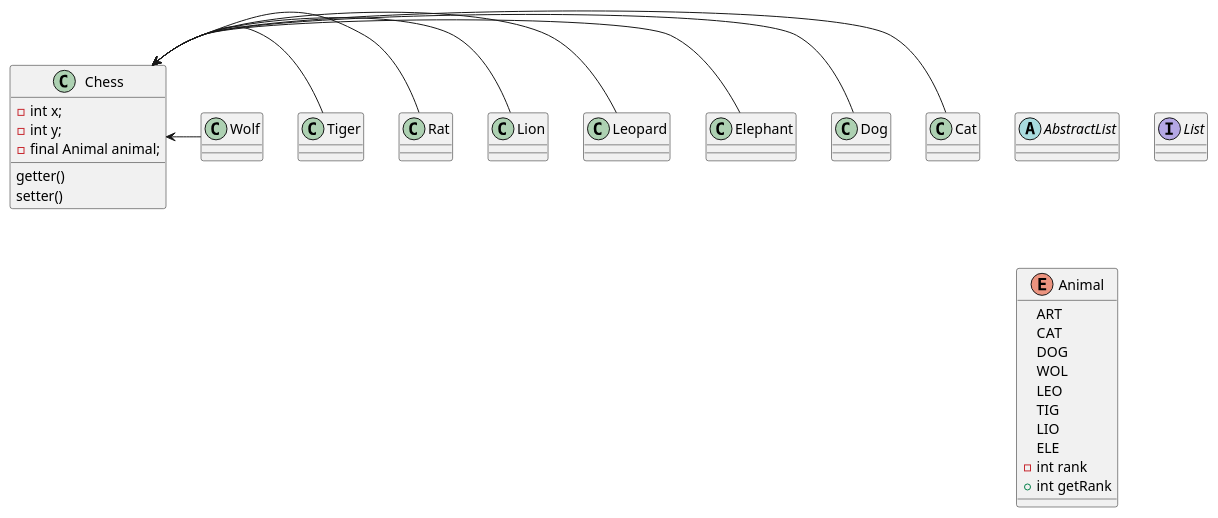
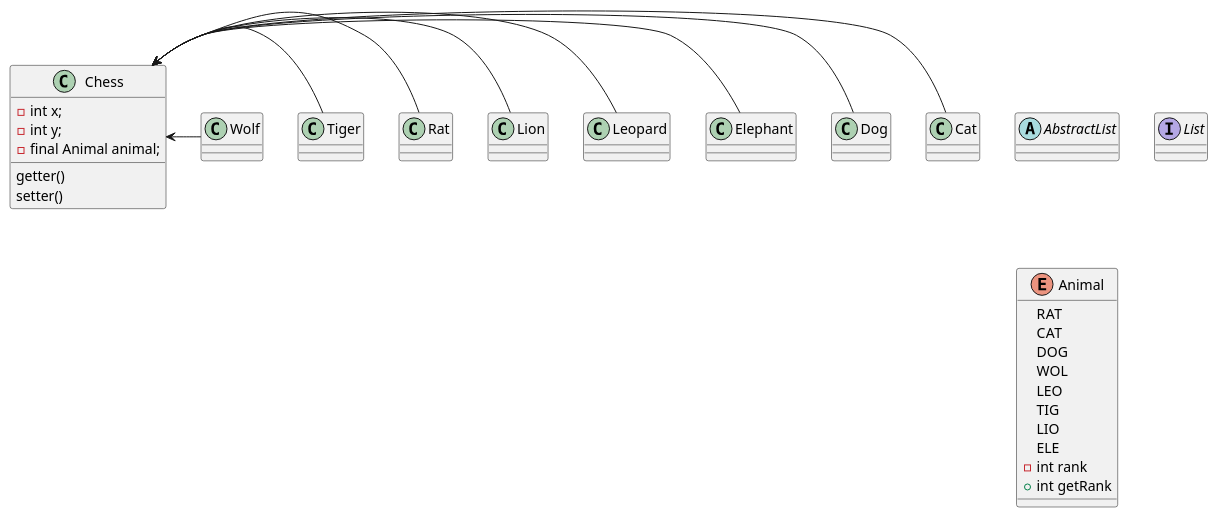
One commit to Edo-kawa/SE-Project changed the diagram in src/main/UML/1.puml. Above: the diagram before and after it, drawn with PlantUML. The commit also changed 8 other files, not shown here.

```diff
--- a/src/main/UML/1.puml
+++ b/src/main/UML/1.puml
@@ -1,54 +1,54 @@
 @startuml
 
 abstract class AbstractList
 interface List
 
 enum Animal{
-ART
+RAT
 CAT
 DOG
 WOL
 LEO
 TIG
 LIO
 ELE
 -int rank
 +int getRank
 }
 
 class Chess{
 - int x;
 - int y;
 - final Animal animal;
 
 getter()
 setter()
 }
 
 class Cat{
 }
 class Dog{
 }
 class Elephant{
 }
 class Leopard{
 }
 class Lion{
 }
 class Rat{
 }
 class Tiger{
 }
 class Wolf{
 }
 
 Chess <- Cat
 Chess <- Dog
 Chess <- Elephant
 Chess <- Leopard
 Chess <- Lion
 Chess <- Rat
 Chess <- Tiger
 Chess <- Wolf
 
 @enduml
```
